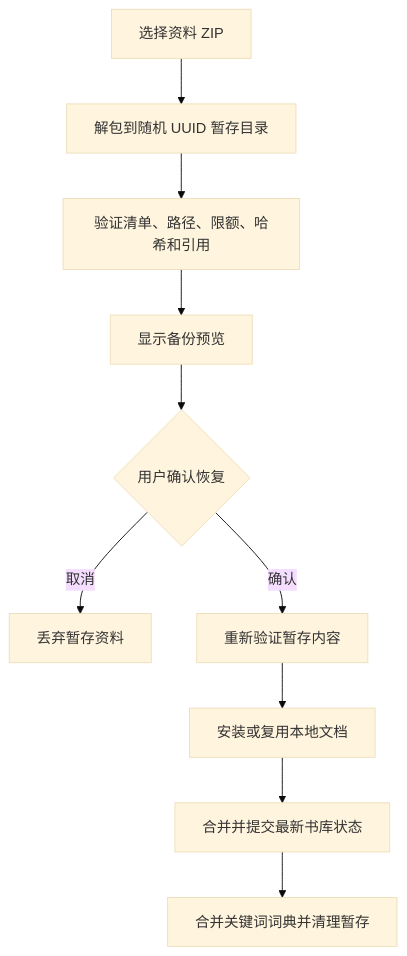
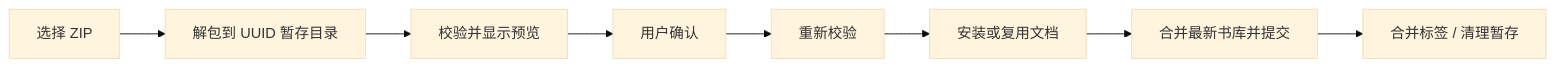
Before and after one commit to nobYoQ/novelia: the diagram in docs/data/backup-and-recovery.md, drawn with Mermaid (base theme). The commit also changed other lines of this file and 33 other files, not shown here.

````diff
--- a/docs/data/backup-and-recovery.md
+++ b/docs/data/backup-and-recovery.md
@@ -49,12 +32,10 @@
 ```mermaid
-flowchart TD
-    A[选择资料 ZIP] --> B[解包到随机 UUID 暂存目录]
-    B --> C[验证清单、路径、限额、哈希和引用]
-    C --> D[显示备份预览]
-    D --> E{用户确认恢复}
-    E -->|取消| F[丢弃暂存资料]
-    E -->|确认| G[重新验证暂存内容]
-    G --> H[安装或复用本地文档]
-    H --> I[合并并提交最新书库状态]
-    I --> J[合并关键词词典并清理暂存]
+flowchart LR
+    A[选择 ZIP] --> B[解包到 UUID 暂存目录]
+    B --> C[校验并显示预览]
+    C --> D[用户确认]
+    D --> E[重新校验]
+    E --> F[安装或复用文档]
+    F --> G[合并最新书库并提交]
+    G --> H[合并标签 / 清理暂存]
 ```
````
